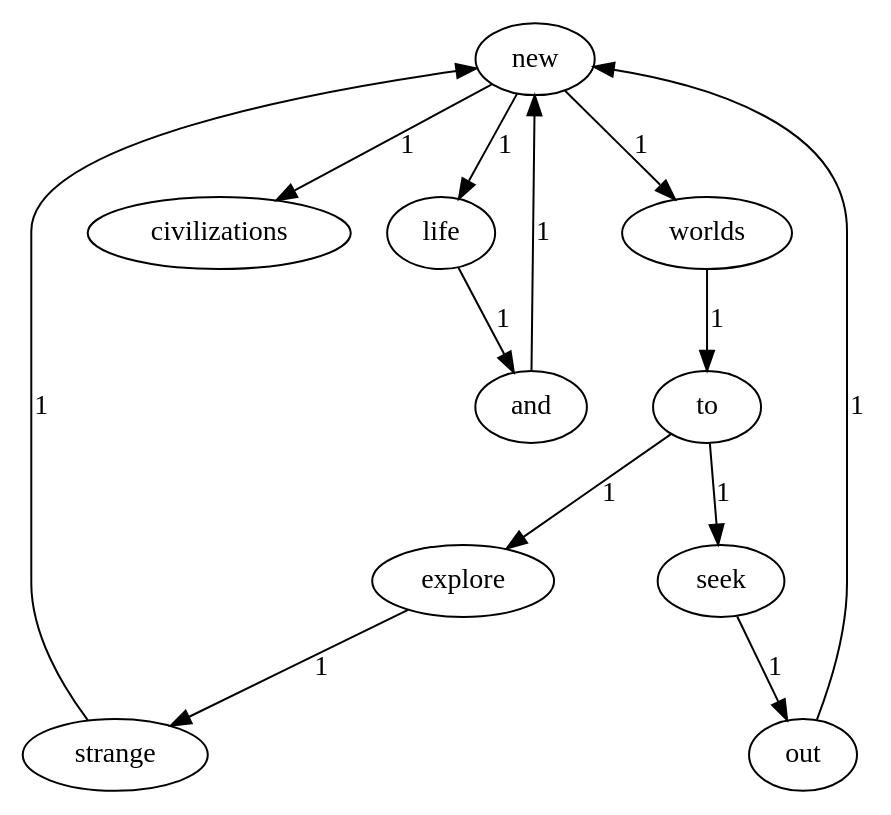
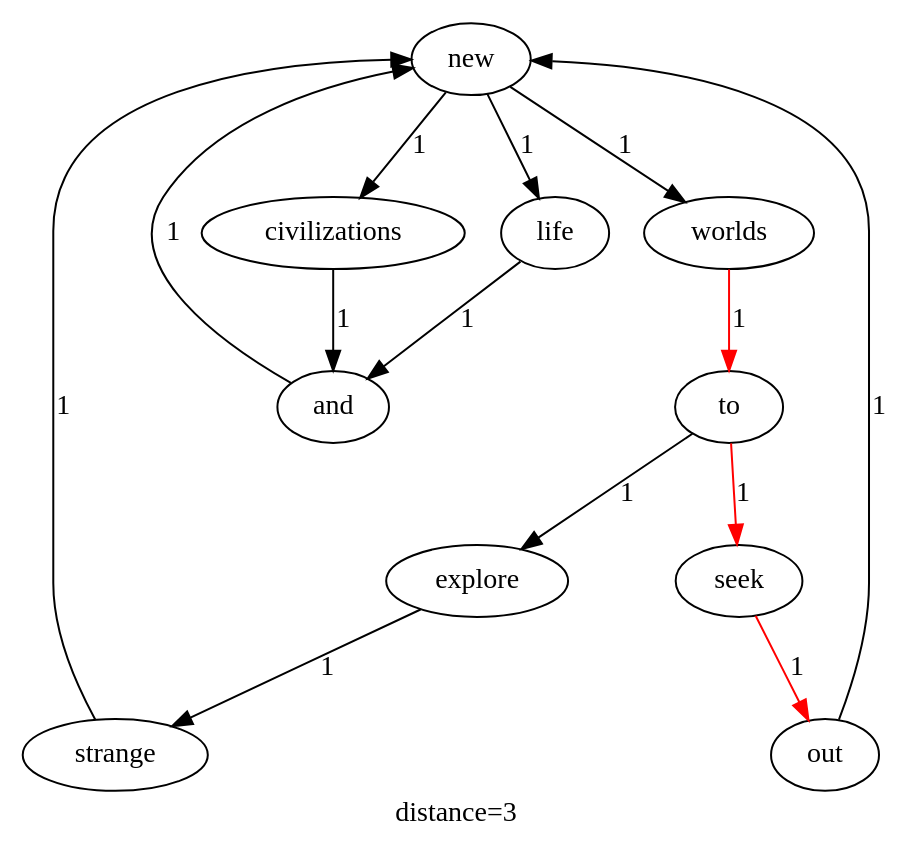
The diagram in SE_lab1/dotsource.dot (ws1084025704/Lab1), drawn with Graphviz before and after one commit. The commit also changed 141 other files, not shown here.

```diff
--- a/SE_lab1/dotsource.dot
+++ b/SE_lab1/dotsource.dot
@@ -1,2 +1,2 @@
 digraph G {
-new->worlds[label="1"];new->civilizations[label="1"];new->life[label="1"];worlds->to[label="1"];explore->strange[label="1"];and->new[label="1"];to->explore[label="1"];to->seek[label="1"];seek->out[label="1"];strange->new[label="1"];life->and[label="1"];out->new[label="1"];}
+label="distance=3";new->worlds[label="1"];new->civilizations[label="1"];new->life[label="1"];worlds->to[color="red",label="1"];explore->strange[label="1"];and->new[label="1"];to->explore[label="1"];to->seek[color="red",label="1"];civilizations->and[label="1"];seek->out[color="red",label="1"];strange->new[label="1"];life->and[label="1"];out->new[label="1"];}
```
